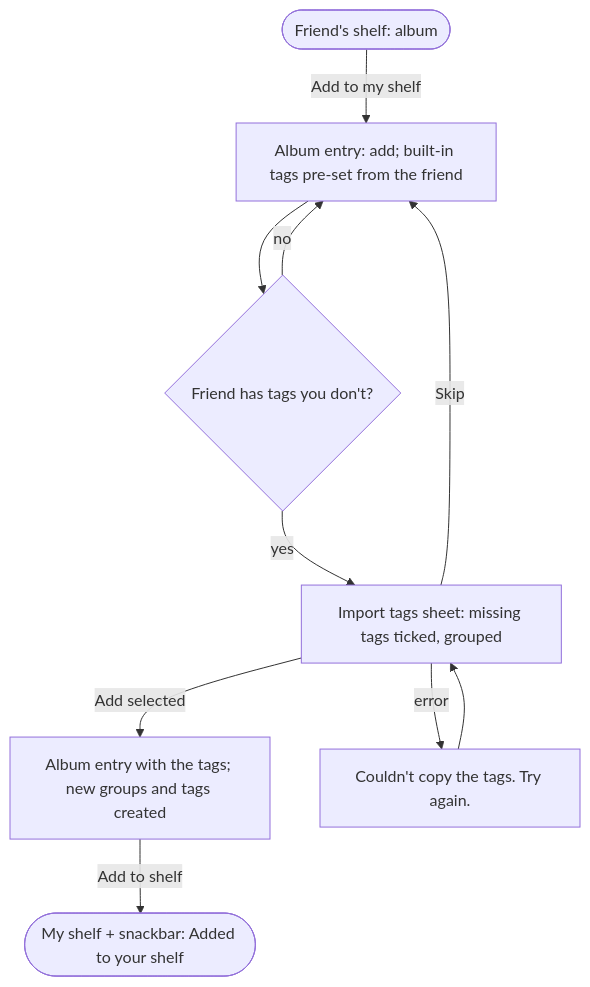
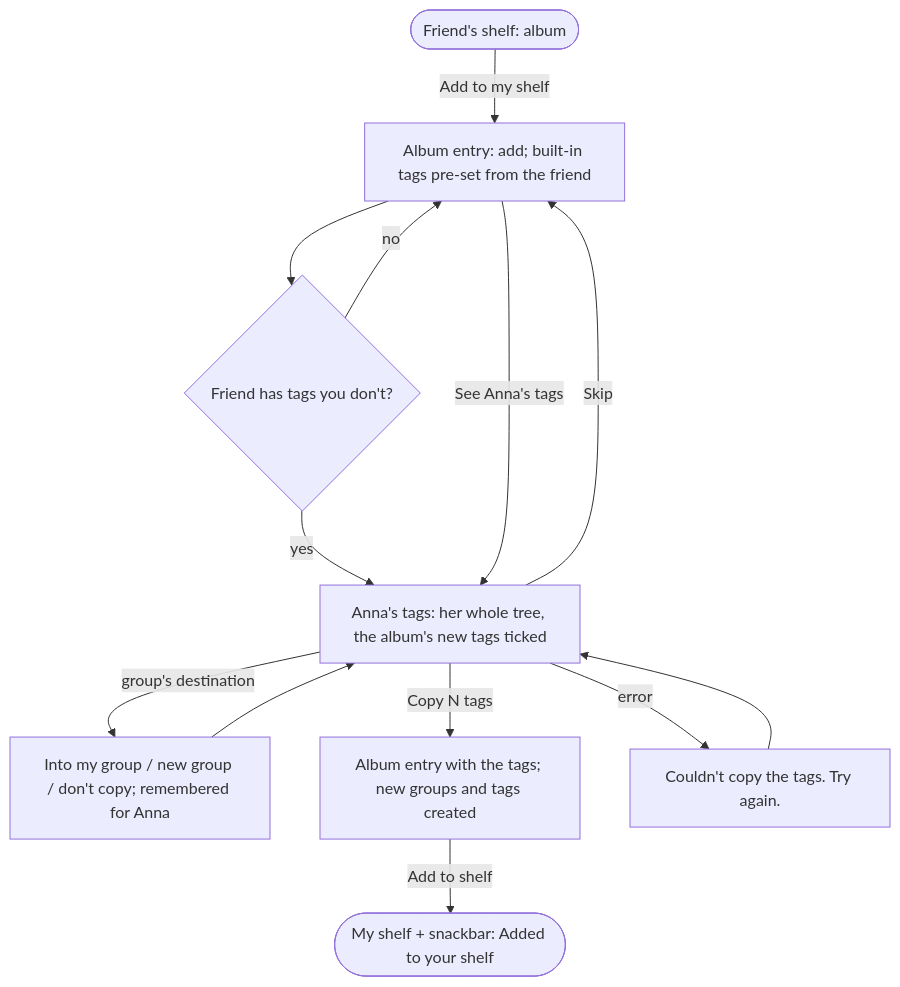
The eighth of 15 diagrams in docs/design/flows.md (Schwub/shelf), drawn with Mermaid before and after one commit. The commit also changed 16 other files, not shown here.

First line of the commit message:
Copy a friend's tags from their whole tag tree (TASK-48, part 2)

````diff
--- a/docs/design/flows.md
+++ b/docs/design/flows.md
@@ -185,11 +185,13 @@
 ```mermaid
 flowchart TD
   friend([Friend's shelf: album]) -- Add to my shelf --> entry[Album entry: add; built-in tags pre-set from the friend]
   entry --> missing{Friend has tags you don't?}
   missing -- no --> entry
-  missing -- yes --> sheet[Import tags sheet: missing tags ticked, grouped]
-  sheet -- Add selected --> entry2[Album entry with the tags; new groups and tags created]
+  missing -- yes --> sheet[Anna's tags: her whole tree, the album's new tags ticked]
+  sheet -- group's destination --> pick[Into my group / new group / don't copy; remembered for Anna] --> sheet
+  sheet -- Copy N tags --> entry2[Album entry with the tags; new groups and tags created]
   sheet -- Skip --> entry
+  entry -- See Anna's tags --> sheet
   entry2 -- Add to shelf --> done([My shelf + snackbar: Added to your shelf])
   sheet -- error --> err[Couldn't copy the tags. Try again.] --> sheet
 ```
````
